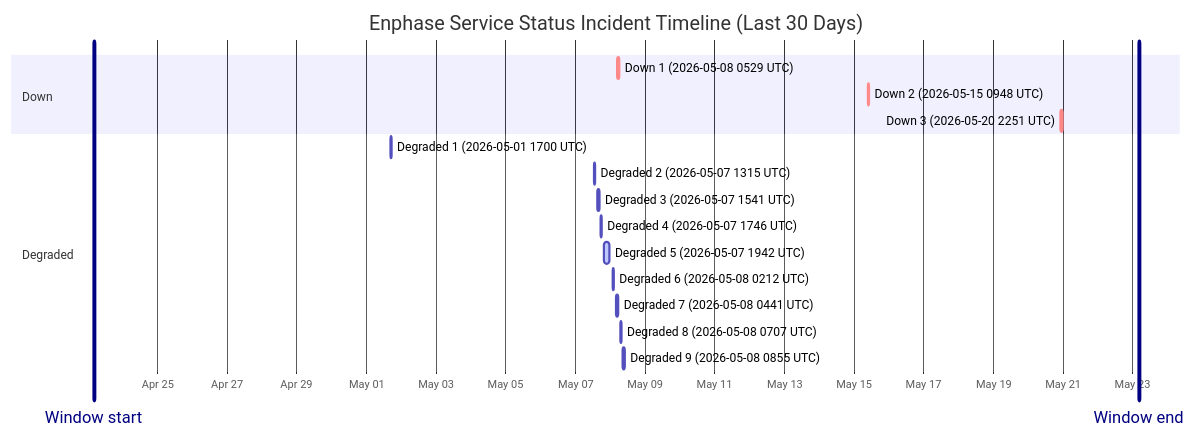
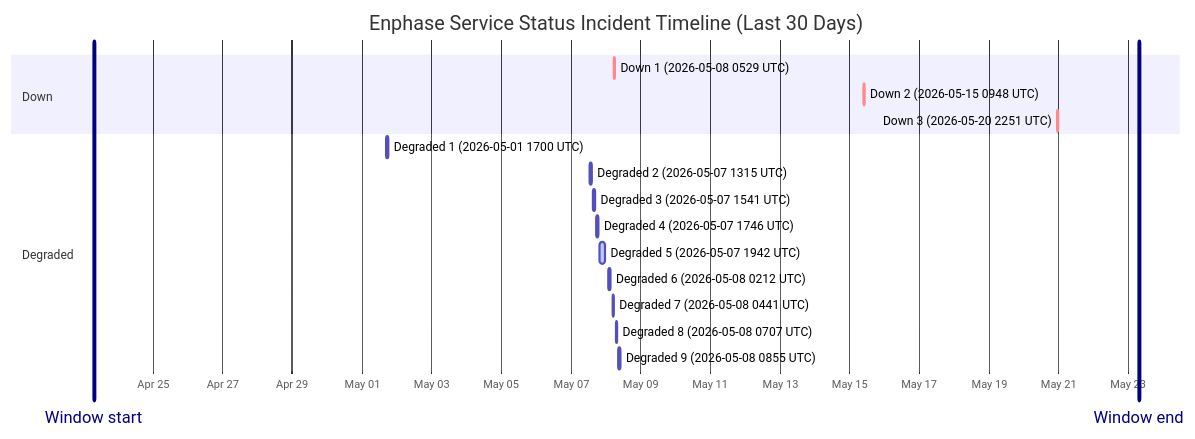
Before and after one commit to barneyonline/ha-enphase-ev-charger: the diagram in wiki/Service-Status-History.md, drawn with Mermaid. The commit also changed other lines of this file and 3 other files, not shown here.

````diff
--- a/wiki/Service-Status-History.md
+++ b/wiki/Service-Status-History.md
@@ -14,22 +14,22 @@
 ```mermaid
 gantt
     title Enphase Service Status Incident Timeline (Last 30 Days)
     dateFormat  YYYY-MM-DDTHH:mm:ss
     axisFormat  %b %d
-    Window start :vert, window-start, 2026-04-23T04:24:02, 0ms
-    Window end :vert, window-end, 2026-05-23T04:24:02, 0ms
+    Window start :vert, window-start, 2026-04-23T07:14:12, 0ms
+    Window end :vert, window-end, 2026-05-23T07:14:12, 0ms
     section Down
     Down 1 (2026-05-08 0529 UTC) :crit, down-1, 2026-05-08T05:29:47, 60m
     Down 2 (2026-05-15 0948 UTC) :crit, down-2, 2026-05-15T09:48:18, 60m
     Down 3 (2026-05-20 2251 UTC) :crit, down-3, 2026-05-20T22:51:14, 75m
     section Degraded
     Degraded 1 (2026-05-01 1700 UTC) :active, degraded-1, 2026-05-01T17:00:22, 60m
     Degraded 2 (2026-05-07 1315 UTC) :active, degraded-2, 2026-05-07T13:15:25, 60m
     Degraded 3 (2026-05-07 1541 UTC) :active, degraded-3, 2026-05-07T15:41:58, 60m
     Degraded 4 (2026-05-07 1746 UTC) :active, degraded-4, 2026-05-07T17:46:51, 60m
     Degraded 5 (2026-05-07 1942 UTC) :active, degraded-5, 2026-05-07T19:42:10, 249m
     Degraded 6 (2026-05-08 0212 UTC) :active, degraded-6, 2026-05-08T02:12:39, 60m
     Degraded 7 (2026-05-08 0441 UTC) :active, degraded-7, 2026-05-08T04:41:46, 60m
     Degraded 8 (2026-05-08 0707 UTC) :active, degraded-8, 2026-05-08T07:07:30, 60m
     Degraded 9 (2026-05-08 0855 UTC) :active, degraded-9, 2026-05-08T08:55:20, 88m
 ```
````
